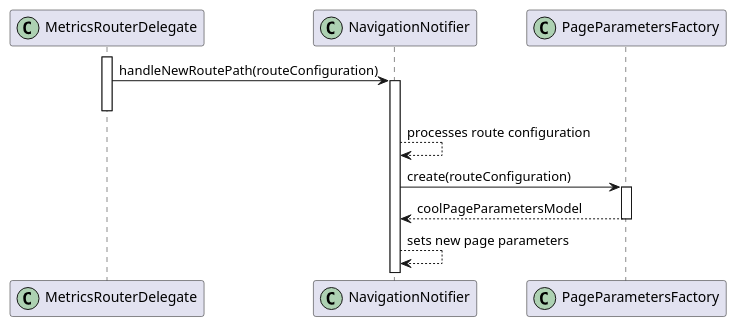
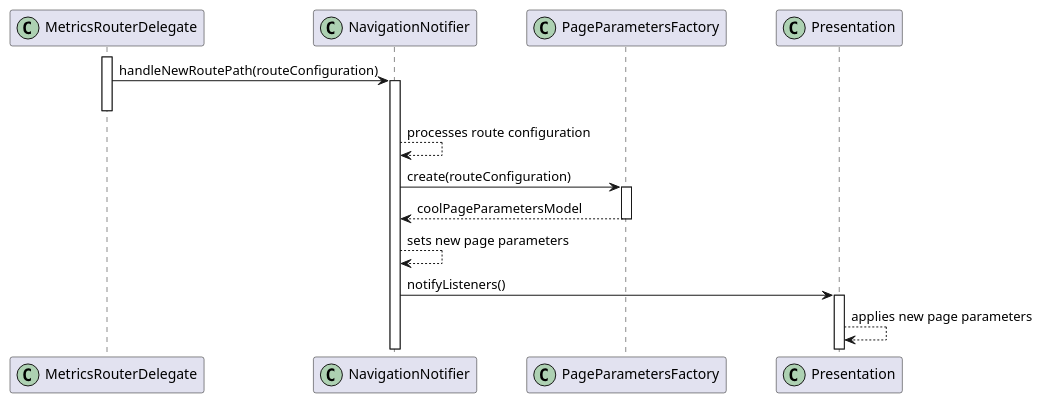
The diagram in metrics/web/docs/features/deep_links/diagrams/updating_page_parameters_sequence_diagram.puml (Flank/flank-dashboard), drawn with PlantUML before and after one commit. The commit also changed 4 other files, not shown here.

Commit message:
Improve diagrams, fix typos, add empty line, general improvements

```diff
--- a/metrics/web/docs/features/deep_links/diagrams/updating_page_parameters_sequence_diagram.puml
+++ b/metrics/web/docs/features/deep_links/diagrams/updating_page_parameters_sequence_diagram.puml
@@ -1,24 +1,31 @@
 @startuml updating_page_parameters_sequence_diagram
+
 skinparam ParticipantPadding 20
 skinparam BoxPadding 10
 
 participant MetricsRouterDelegate << (C,#ADD1B2) >>
 participant NavigationNotifier << (C,#ADD1B2) >>
 participant PageParametersFactory << (C,#ADD1B2) >>
+participant Presentation << (C,#ADD1B2) >>
 
 activate MetricsRouterDelegate
 MetricsRouterDelegate -> NavigationNotifier : handleNewRoutePath(routeConfiguration)
 activate NavigationNotifier
 deactivate MetricsRouterDelegate
 
 NavigationNotifier --> NavigationNotifier : processes route configuration
 
 NavigationNotifier -> PageParametersFactory : create(routeConfiguration)
 activate PageParametersFactory
 
 PageParametersFactory --> NavigationNotifier : coolPageParametersModel
 deactivate PageParametersFactory
 
 NavigationNotifier --> NavigationNotifier : sets new page parameters
 
+NavigationNotifier -> Presentation : notifyListeners()
+activate Presentation
+
+Presentation --> Presentation : applies new page parameters
+
 @enduml
```
